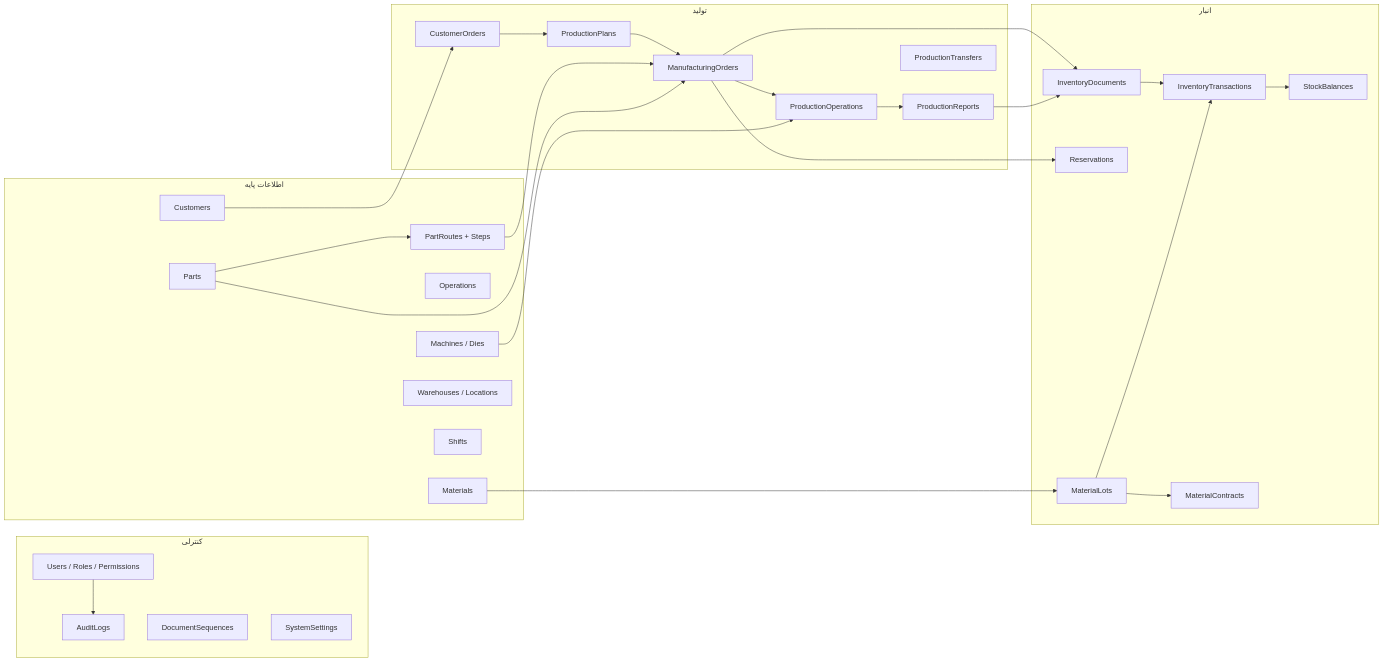
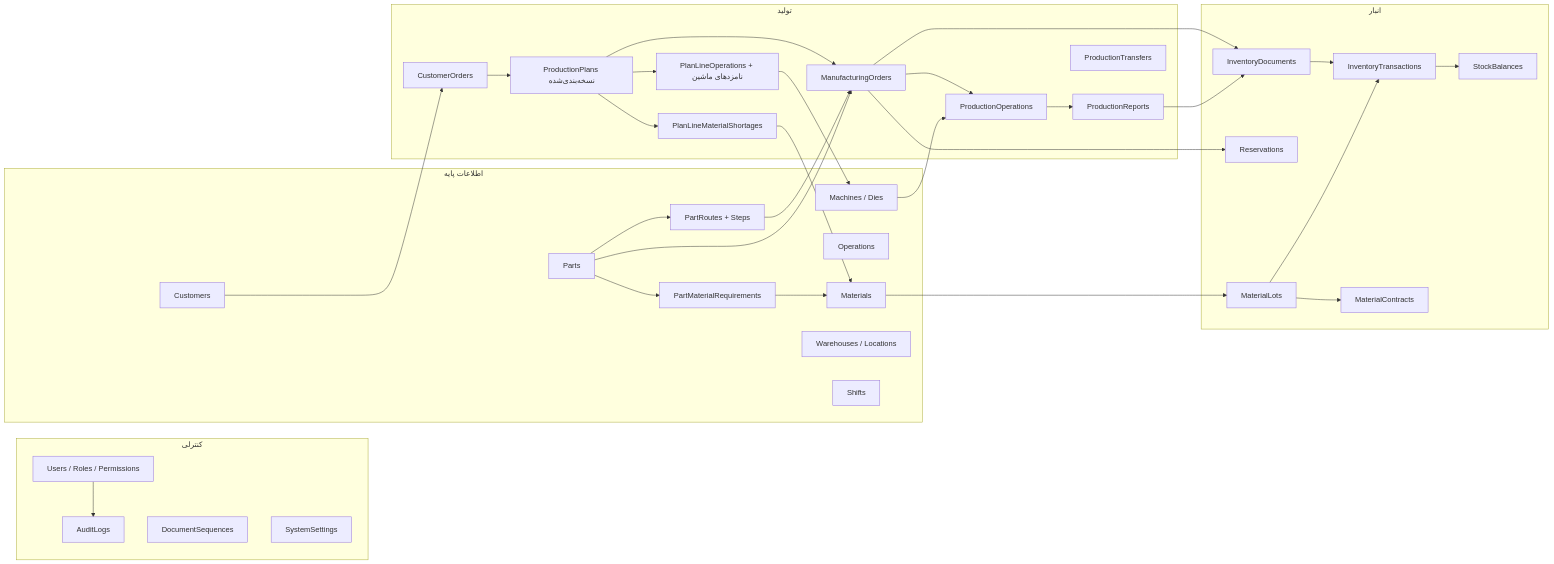
One commit to vaheme64-design/kosar_za changed the first of 7 diagrams in docs/ER-DIAGRAM.md. Above: the diagram before and after it, drawn with Mermaid. The commit also changed other lines of this file and 71 other files, not shown here.

````diff
--- a/docs/ER-DIAGRAM.md
+++ b/docs/ER-DIAGRAM.md
@@ -9,52 +9,60 @@
 ```mermaid
 flowchart LR
   subgraph CTRL[کنترلی]
     U[Users / Roles / Permissions]
     A[AuditLogs]
     DS[DocumentSequences]
     S[SystemSettings]
   end
 
   subgraph MD[اطلاعات پایه]
     P[Parts]
     M[Materials]
+    BOM[PartMaterialRequirements]
     O[Operations]
     R[PartRoutes + Steps]
     MC[Machines / Dies]
     W[Warehouses / Locations]
     SH[Shifts]
     C[Customers]
   end
 
   subgraph PRD[تولید]
     CO[CustomerOrders]
-    PP[ProductionPlans]
+    PP[ProductionPlans نسخه‌بندی‌شده]
+    PLO[PlanLineOperations + نامزدهای ماشین]
+    PMS[PlanLineMaterialShortages]
     MO[ManufacturingOrders]
     OP[ProductionOperations]
     REP[ProductionReports]
     TRF[ProductionTransfers]
   end
 
   subgraph INV[انبار]
     ID[InventoryDocuments]
     TX[InventoryTransactions]
     SB[StockBalances]
     RS[Reservations]
     LOT[MaterialLots]
     CT[MaterialContracts]
   end
 
   U --> A
   C --> CO
   CO --> PP --> MO --> OP --> REP
   R --> MO
   MC --> OP
   P --> R
   P --> MO
   M --> LOT --> CT
   MO --> ID
   REP --> ID
   ID --> TX --> SB
   LOT --> TX
   MO --> RS
+  P --> BOM --> M
+  PP --> PLO
+  PP --> PMS
+  PLO --> MC
+  PMS --> M
 ```
````
